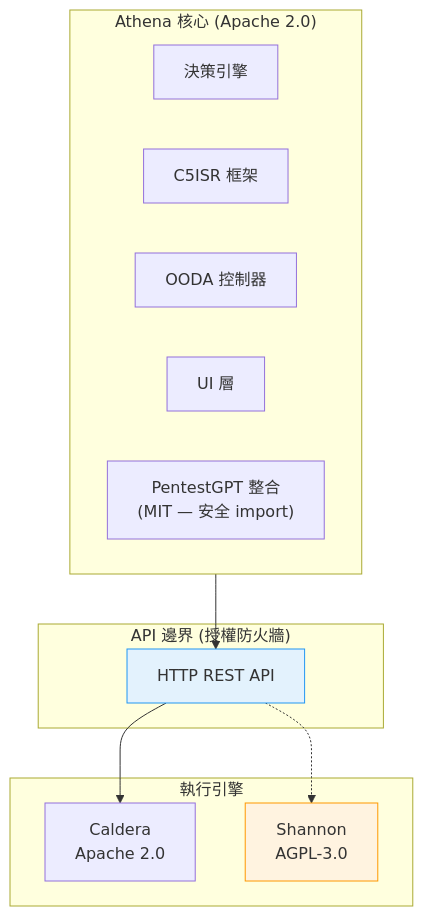
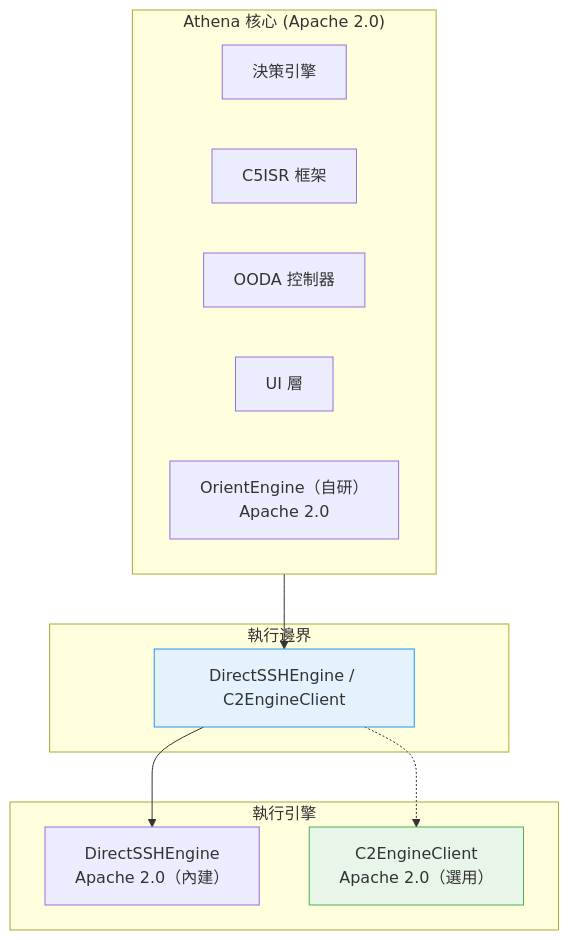
One commit to astroicers/Athena changed the fifth of 5 diagrams in docs/architecture.md. Above: the diagram before and after it, drawn with Mermaid. The commit also changed other lines of this file, not shown here.

First line of the commit message:
docs: architecture.md 去識別化同步（Phase E 文件補完）

````diff
--- a/docs/architecture.md
+++ b/docs/architecture.md
@@ -228,25 +226,25 @@
 ```mermaid
 graph TD
     subgraph Safe["Athena 核心 (Apache 2.0)"]
         A["決策引擎"]
         B["C5ISR 框架"]
         C["OODA 控制器"]
         D["UI 層"]
-        E["PentestGPT 整合\n(MIT — 安全 import)"]
+        E["OrientEngine（自研）\nApache 2.0"]
     end
 
-    subgraph API_Boundary["API 邊界 (授權防火牆)"]
-        F["HTTP REST API"]
+    subgraph API_Boundary["執行邊界"]
+        F["DirectSSHEngine / C2EngineClient"]
     end
 
     subgraph Engines["執行引擎"]
-        G["Caldera\nApache 2.0"]
-        H["Shannon\nAGPL-3.0"]
+        G["DirectSSHEngine\nApache 2.0（內建）"]
+        H["C2EngineClient\nApache 2.0（選用）"]
     end
 
     Safe --> F --> G
     F -.-> H
 
-    style H fill:#fff3e0,stroke:#ff9800
+    style H fill:#e8f5e9,stroke:#4caf50
     style F fill:#e3f2fd,stroke:#2196f3
 ```
````
